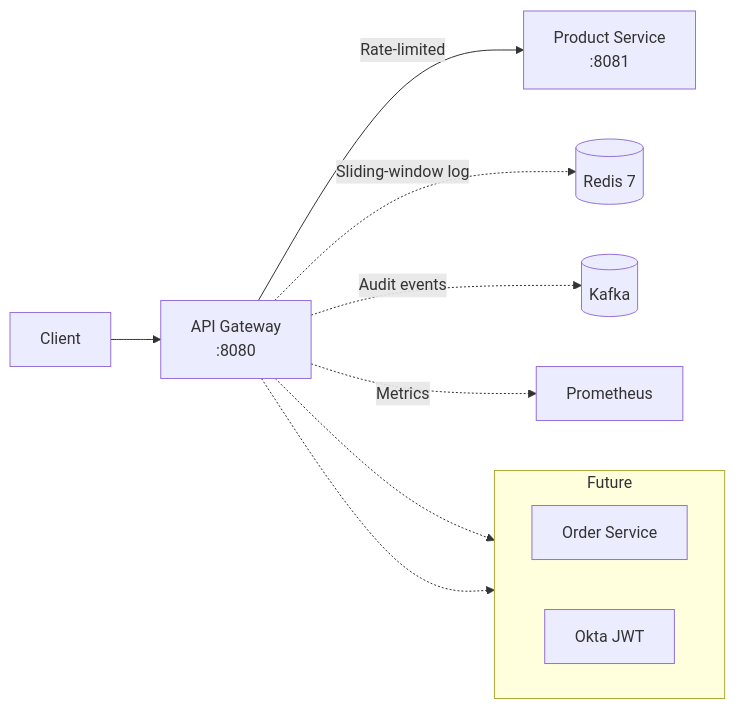
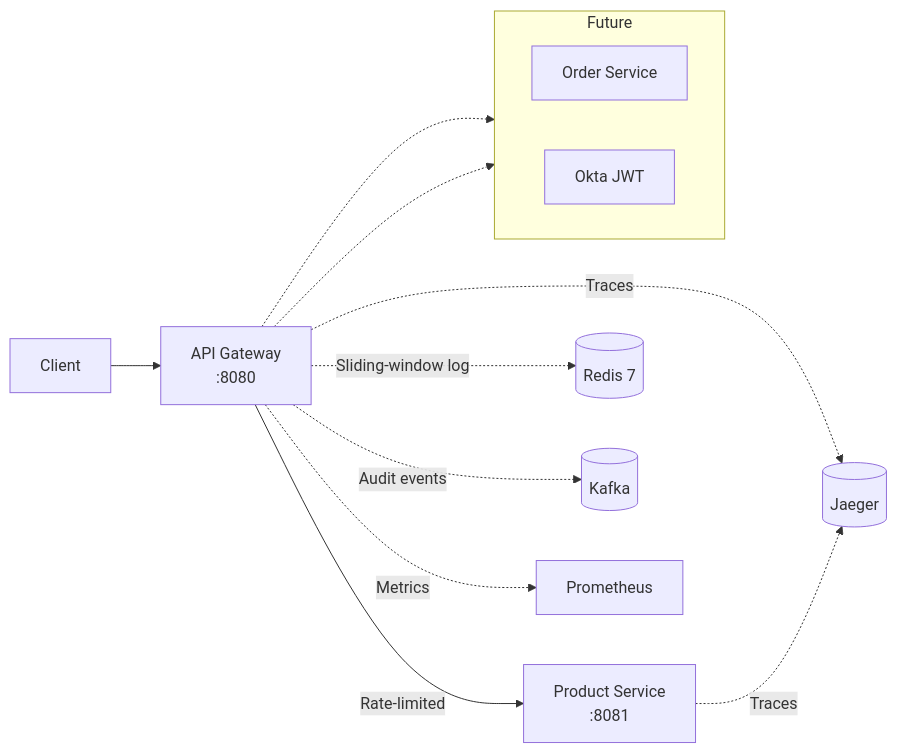
Before and after one commit to vipinsharma485/api-gateway-ratelimiter: the diagram in README.md, drawn with Mermaid. The commit also changed other lines of this file and 2 other files, not shown here.

````diff
--- a/README.md
+++ b/README.md
@@ -23,16 +23,18 @@
 ```mermaid
 flowchart LR
     Client[Client] --> GW[API Gateway<br/>:8080]
     GW -->|Rate-limited| PS[Product Service<br/>:8081]
     GW -.->|Sliding-window log| Redis[(Redis 7)]
     GW -.->|Audit events| Kafka[(Kafka)]
     GW -.->|Metrics| Prom[Prometheus]
+    GW -.->|Traces| Jaeger[(Jaeger)]
+    PS -.->|Traces| Jaeger
 
     subgraph Future
       direction LR
       OS[Order Service]
       Okta[Okta JWT]
     end
     GW -.-> OS
     GW -.-> Okta
 ```
````
